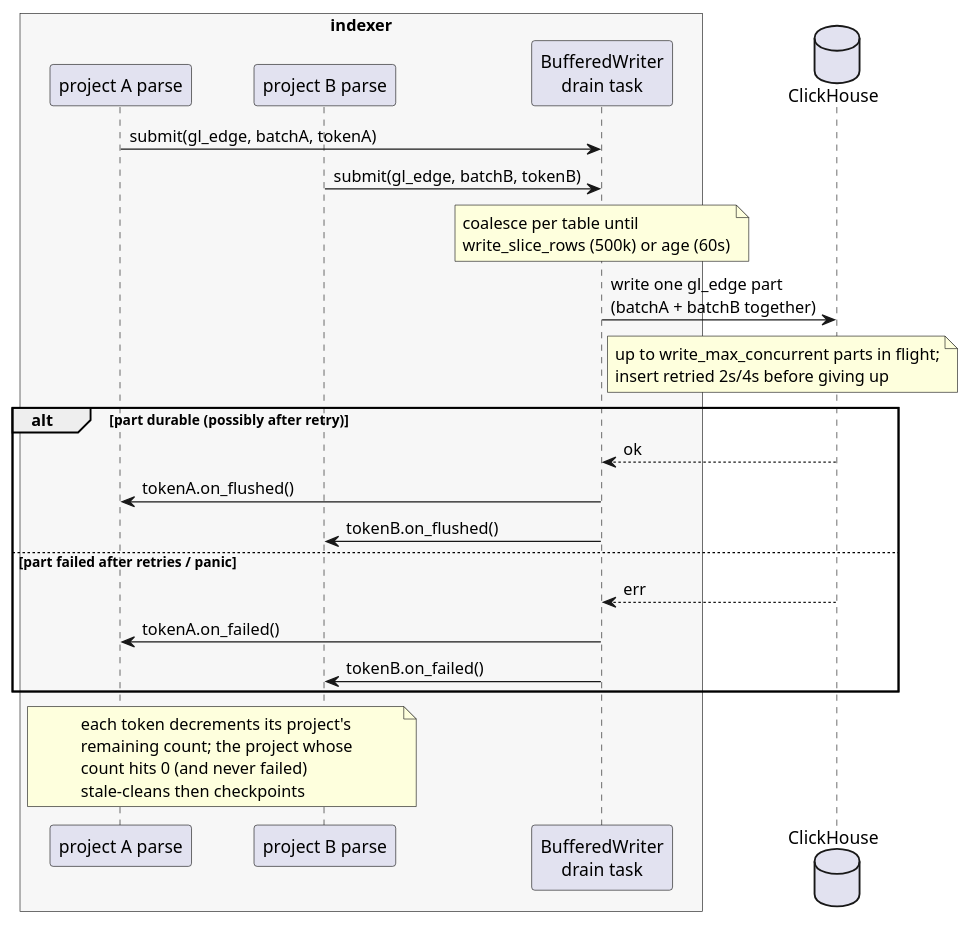
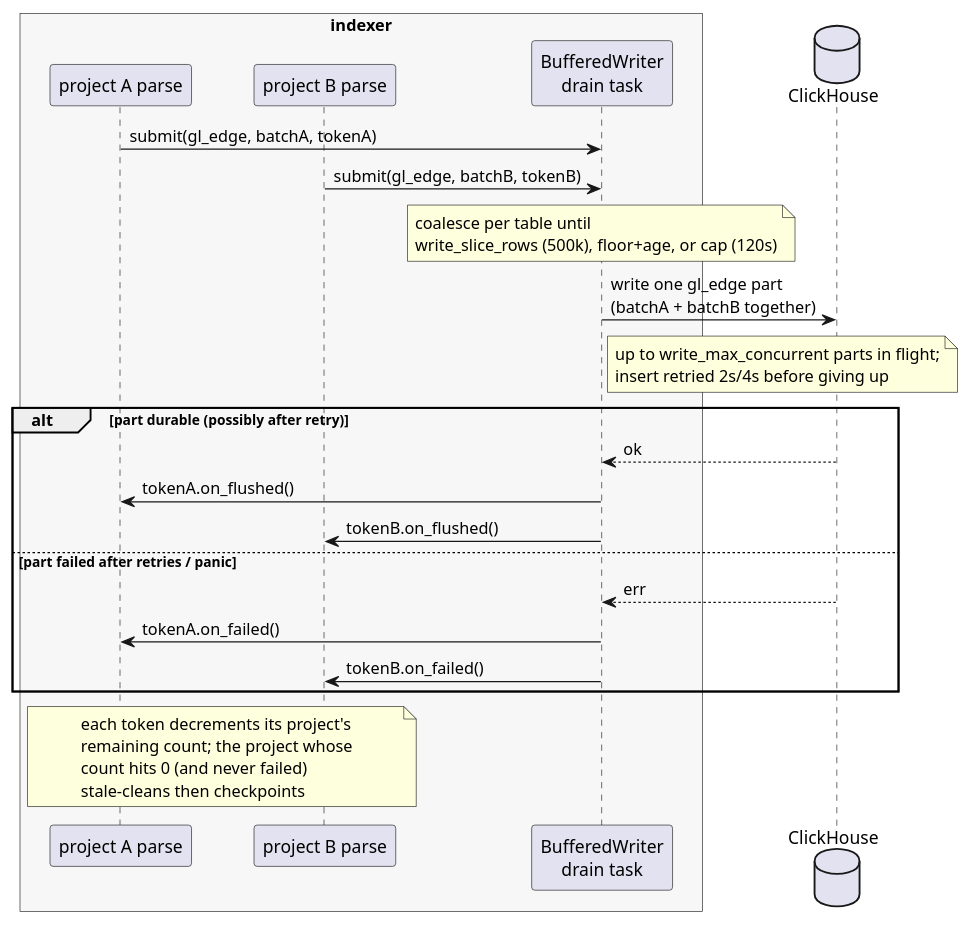
One commit to gitlabhq/orbit-knowledge-graph changed the fourth of 5 diagrams in docs/design-documents/indexing/code_indexing.md. Above: the diagram before and after it, drawn with PlantUML. The commit also changed other lines of this file and 7 other files, not shown here.

First line of the commit message:
fix(indexer): floor + cap code-write coalescer, gate lane on parsable files

````diff
--- a/docs/design-documents/indexing/code_indexing.md
+++ b/docs/design-documents/indexing/code_indexing.md
@@ -379,33 +379,33 @@
 ```plantuml
 @startuml
 skinparam shadowing false
 skinparam ParticipantPadding 20
 skinparam BoxPadding 12
 
 box "indexer" #F7F7F7
   participant "project A parse" as A
   participant "project B parse" as B
   participant "BufferedWriter\ndrain task" as W
 end box
 database ClickHouse as CH
 
 A -> W : submit(gl_edge, batchA, tokenA)
 B -> W : submit(gl_edge, batchB, tokenB)
-note over W : coalesce per table until\nwrite_slice_rows (500k) or age (60s)
+note over W : coalesce per table until\nwrite_slice_rows (500k), floor+age, or cap (120s)
 
 W -> CH : write one gl_edge part\n(batchA + batchB together)
 note right of W : up to write_max_concurrent parts in flight;\ninsert retried 2s/4s before giving up
 
 alt part durable (possibly after retry)
   CH --> W : ok
   W -> A : tokenA.on_flushed()
   W -> B : tokenB.on_flushed()
 else part failed after retries / panic
   CH --> W : err
   W -> A : tokenA.on_failed()
   W -> B : tokenB.on_failed()
 end
 
 note over A, B : each token decrements its project's\nremaining count; the project whose\ncount hits 0 (and never failed)\nstale-cleans then checkpoints
 @enduml
 ```
````
